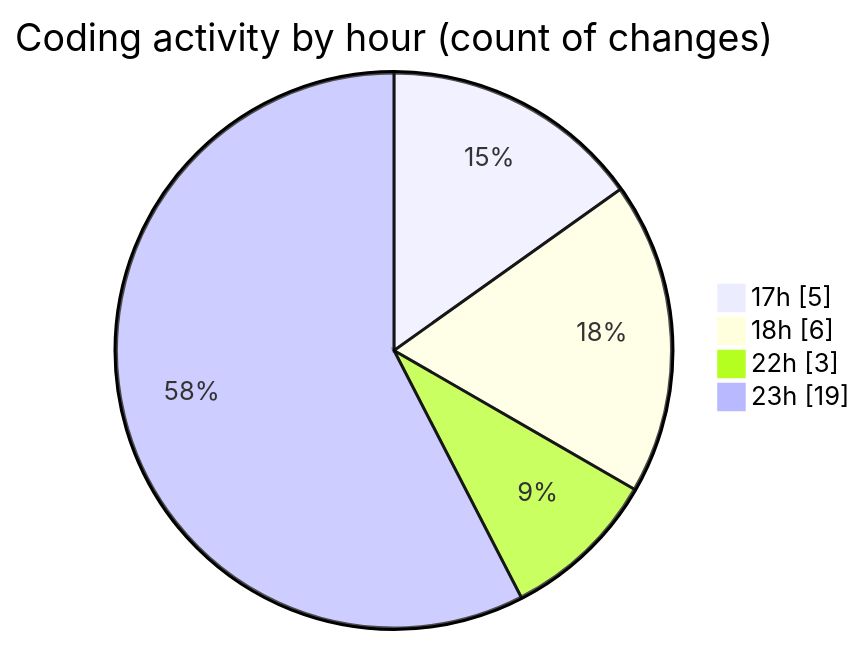
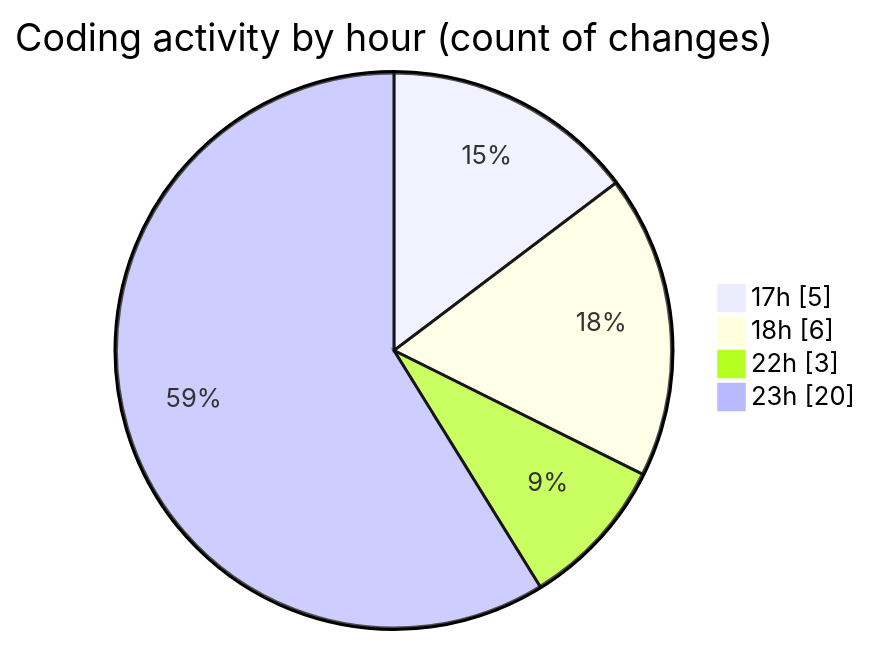
Before and after one commit to donsfak/code-tracking: the second of 2 diagrams in 2025-02-07/portofolio/README.md, drawn with Mermaid. The commit also changed other lines of this file and 1 other file, not shown here.

````diff
--- a/2025-02-07/portofolio/README.md
+++ b/2025-02-07/portofolio/README.md
@@ -30,8 +30,8 @@
 ```mermaid
 pie showData
 title Coding activity by hour (count of changes)
 "17h" : 5
 "18h" : 6
 "22h" : 3
-"23h" : 19
+"23h" : 20
 ```
````
